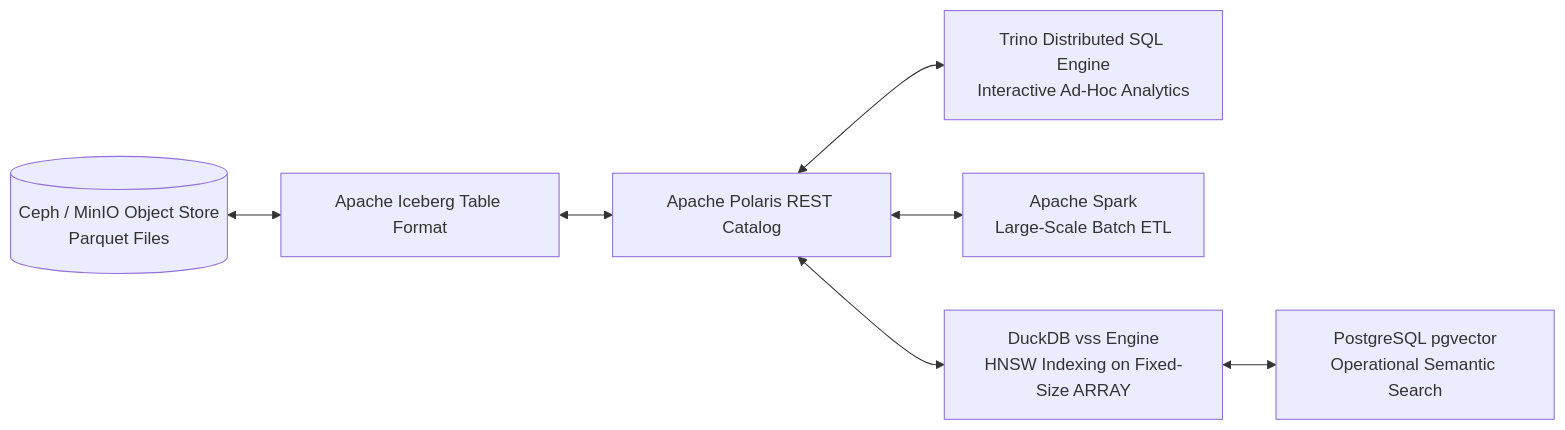
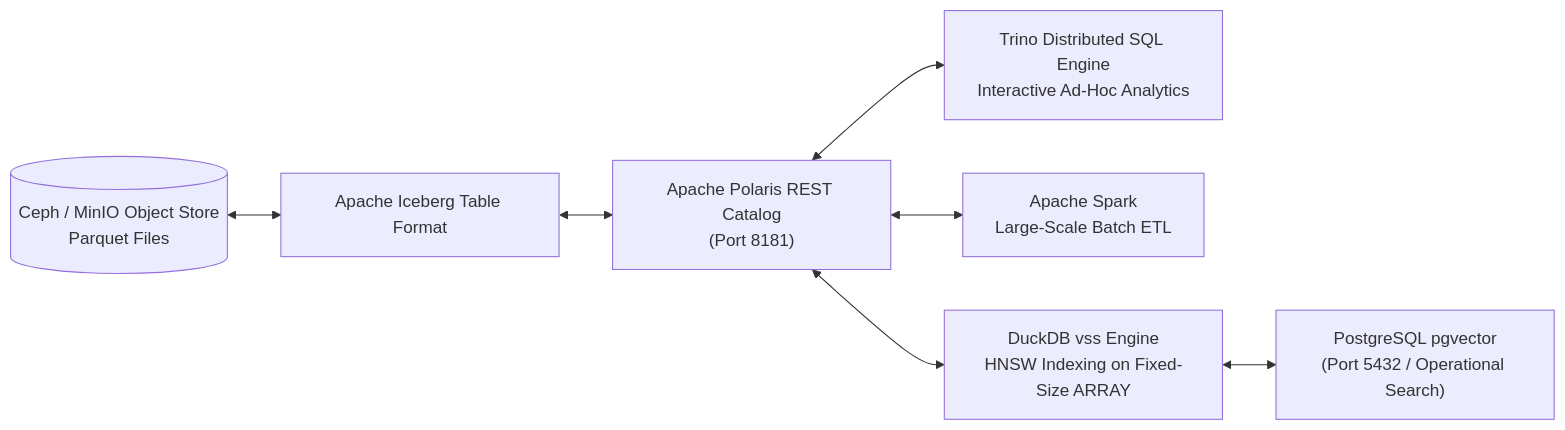
The diagram in openwiki/software/engines-and-storage.md (linuxmalaysia/bda-ai-infra), drawn with Mermaid before and after one commit. The commit also changed other lines of this file and 18 other files, not shown here.

Commit message:
feat: add dual-render diagram AI skill and refactor all existing diagrams

````diff
--- a/openwiki/software/engines-and-storage.md
+++ b/openwiki/software/engines-and-storage.md
@@ -22,9 +76,9 @@
 ```mermaid
 flowchart LR
     S3Storage[("Ceph / MinIO Object Store<br/>Parquet Files")] <--> Iceberg["Apache Iceberg Table Format"]
-    Iceberg <--> Polaris["Apache Polaris REST Catalog"]
+    Iceberg <--> Polaris["Apache Polaris REST Catalog<br/>(Port 8181)"]
     Polaris <--> TrinoEngine["Trino Distributed SQL Engine<br/>Interactive Ad-Hoc Analytics"]
     Polaris <--> SparkEngine["Apache Spark<br/>Large-Scale Batch ETL"]
     Polaris <--> DuckDBEngine["DuckDB vss Engine<br/>HNSW Indexing on Fixed-Size ARRAY"]
-    DuckDBEngine <--> PgVectorEngine["PostgreSQL pgvector<br/>Operational Semantic Search"]
+    DuckDBEngine <--> PgVectorEngine["PostgreSQL pgvector<br/>(Port 5432 / Operational Search)"]
 ```
````
